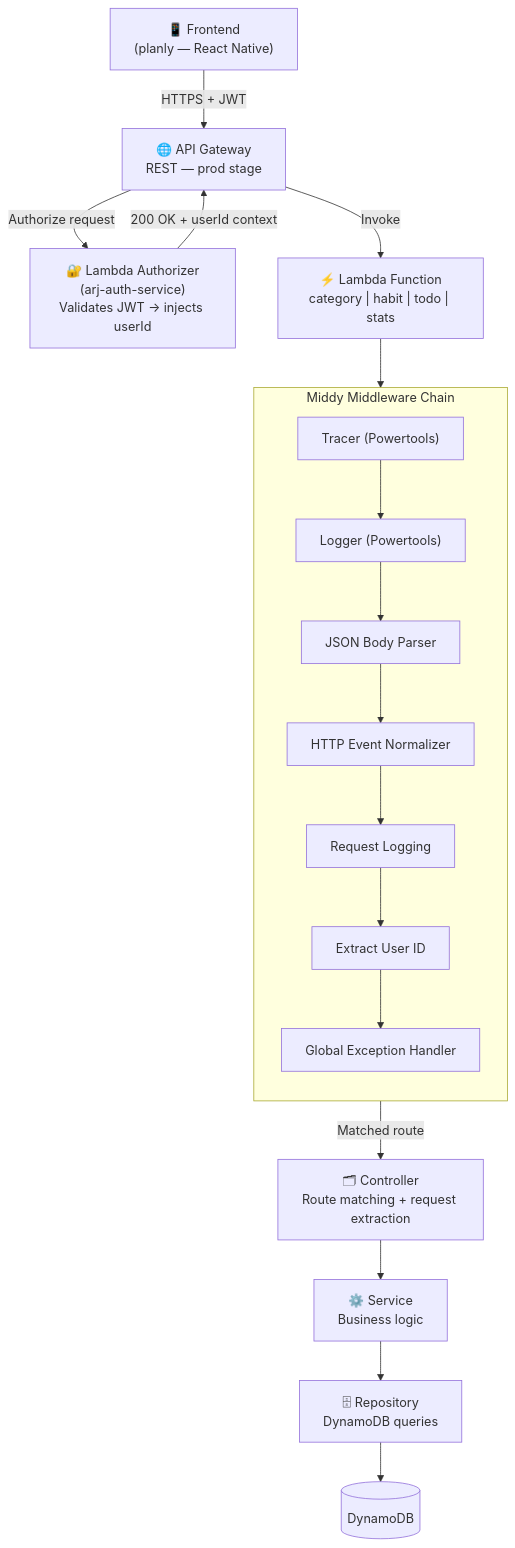
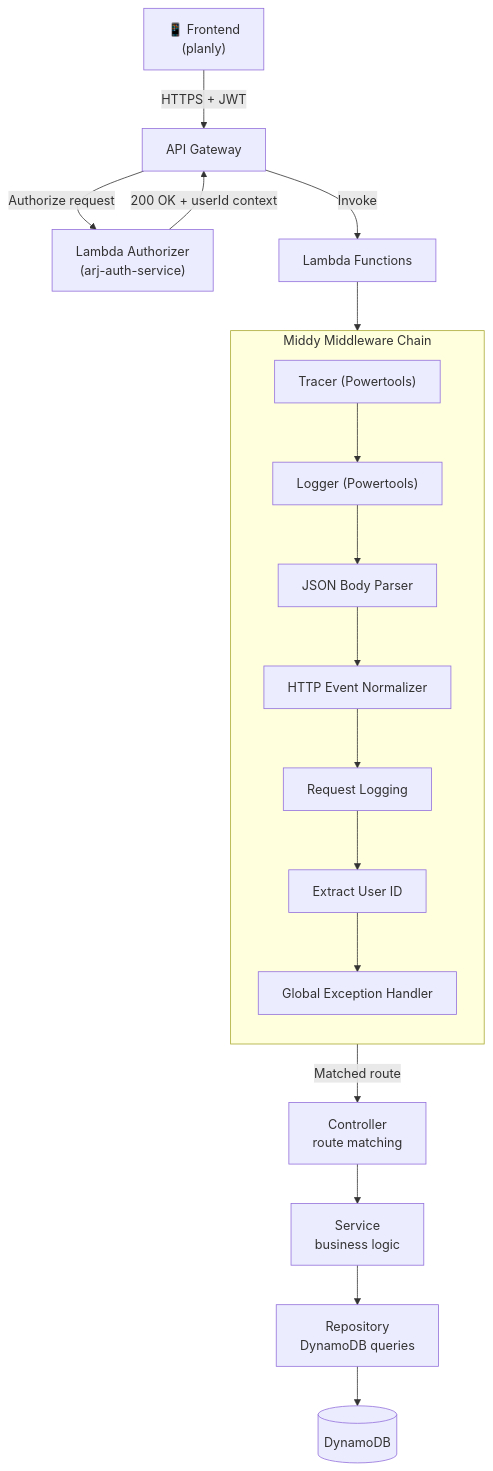
Before and after one commit to jralvarino/planly-api: the diagram in README.md, drawn with Mermaid. The commit also changed 1 other file, not shown here.

Commit message:
Fixed deployment issue

````diff
--- a/README.md
+++ b/README.md
@@ -27,34 +27,34 @@
 ```mermaid
 flowchart TD
-    FE["📱 Frontend\n(planly — React Native)"]
-    AGW["🌐 API Gateway\nREST — prod stage"]
-    AUTH["🔐 Lambda Authorizer\n(arj-auth-service)\nValidates JWT → injects userId"]
-    LAMBDA["⚡ Lambda Function\ncategory | habit | todo | stats"]
+    FE["📱 Frontend\n(planly)"]
+    AGW["API Gateway"]
+    AUTH["Lambda Authorizer\n(arj-auth-service)\n"]
+    LAMBDA["Lambda Functions"]
 
     subgraph MW ["Middy Middleware Chain"]
         direction TB
         M1["Tracer (Powertools)"]
         M2["Logger (Powertools)"]
         M3["JSON Body Parser"]
         M4["HTTP Event Normalizer"]
         M5["Request Logging"]
         M6["Extract User ID"]
         M7["Global Exception Handler"]
         M1 --> M2 --> M3 --> M4 --> M5 --> M6 --> M7
     end
 
-    CTRL["🗂 Controller\nRoute matching + request extraction"]
-    SVC["⚙️ Service\nBusiness logic"]
-    REPO["🗄 Repository\nDynamoDB queries"]
+    CTRL["Controller\nroute matching"]
+    SVC["Service\nbusiness logic"]
+    REPO["Repository\nDynamoDB queries"]
     DB[("DynamoDB")]
 
     FE -->|"HTTPS + JWT"| AGW
     AGW -->|"Authorize request"| AUTH
     AUTH -->|"200 OK + userId context"| AGW
     AGW -->|"Invoke"| LAMBDA
     LAMBDA --> MW
     M7 -->|"Matched route"| CTRL
     CTRL --> SVC
     SVC --> REPO
     REPO --> DB
 ```
````
